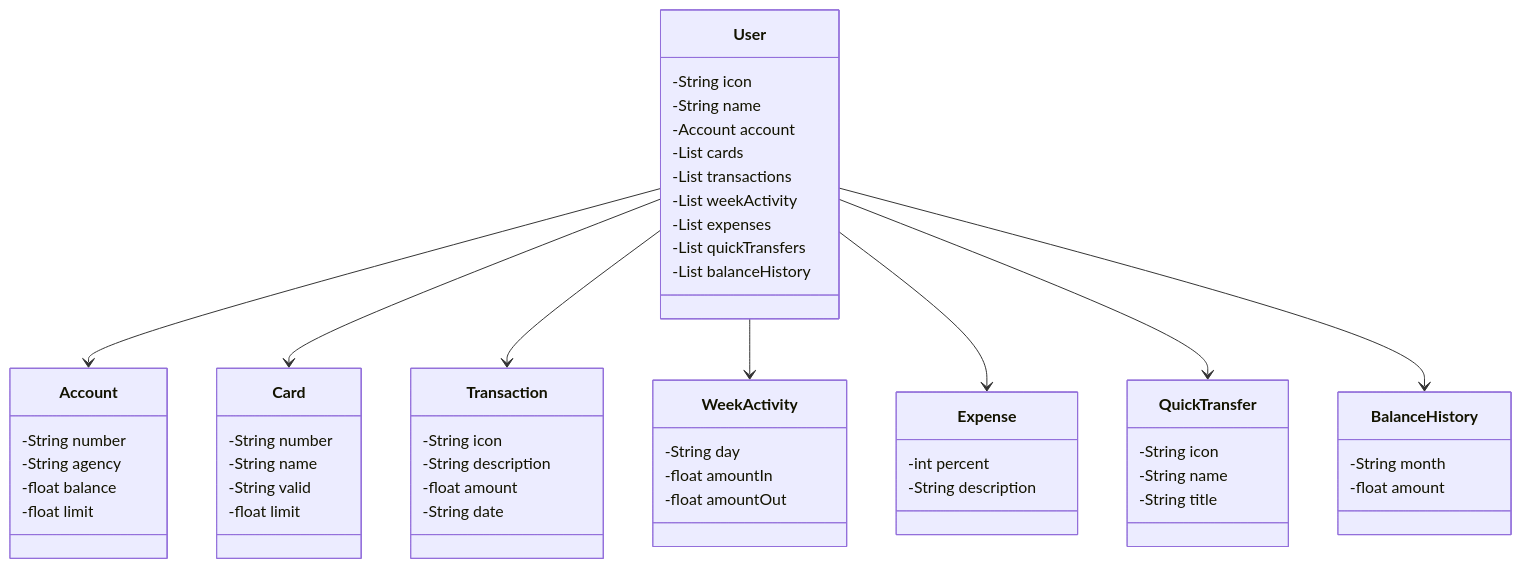
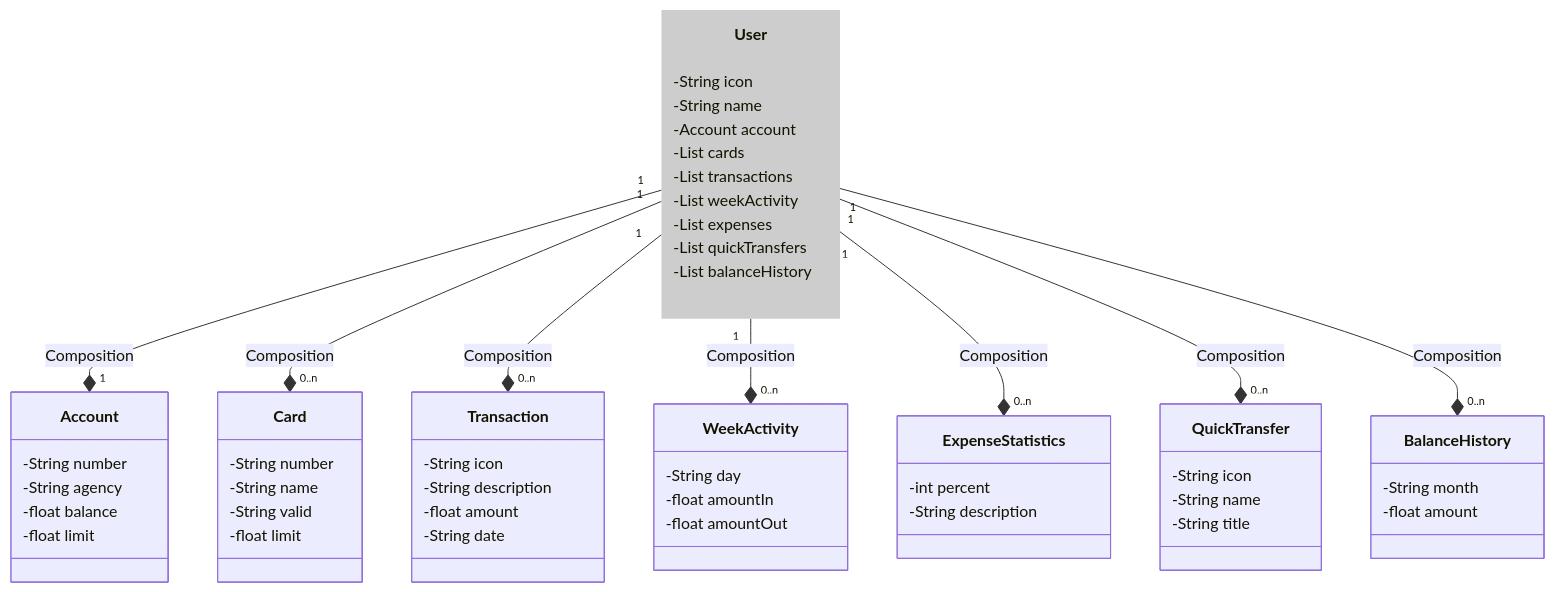
The diagram in README.md (ale-fuentes-ar/api-rest-cloud-lab-2024), drawn with Mermaid before and after one commit. The commit also changed other lines of this file, not shown here.

````diff
--- a/README.md
+++ b/README.md
@@ -116,58 +116,60 @@
 ```mermaid
 classDiagram
 	class User {
 		-String icon 
 		-String name 
 		-Account account 
 		-List<Card> cards 
 		-List<Transaction> transactions 
 		-List<WeekActivity> weekActivity 
 		-List<Expense> expenses 
 		-List<QuickTransfer> quickTransfers 
 		-List<BalanceHistory> balanceHistory 
 	}
 	class Account {
 		-String number 
 		-String agency 
 		-float balance 
 		-float limit 
 	}
 	class Card {  
 		-String number 
 		-String name 
 		-String valid 
 		-float limit
 	}
 	class Transaction {  
 		-String icon 
 		-String description 
 		-float amount 
 		-String date 
 	}
 	class WeekActivity {  
 		-String day 
 		-float amountIn 
 		-float amountOut 
 	}
-	class Expense {  
+	class ExpenseStatistics {  
 		-int percent 
 		-String description 
 	}
 	class QuickTransfer {
 		-String icon
 		-String name
 		-String title
 	}
 	class BalanceHistory {
 		-String month
 		-float amount
 	}
 
-	User --> Account
-	User --> Card
-	User --> Transaction
-	User --> WeekActivity
-	User --> Expense
-	User --> QuickTransfer 
-	User --> BalanceHistory 
+	User "1" --* "1" Account : Composition
+	User "1" --* "0..n" Card : Composition
+	User "1" --* "0..n" Transaction : Composition
+	User "1" --* "0..n" WeekActivity : Composition
+	User "1" --* "0..n" ExpenseStatistics : Composition
+	User "1" --* "0..n" QuickTransfer : Composition
+	User "1" --* "0..n" BalanceHistory : Composition
+	
+	style User fill:#cdcdcd,stroke-width:0px
 ```
````
